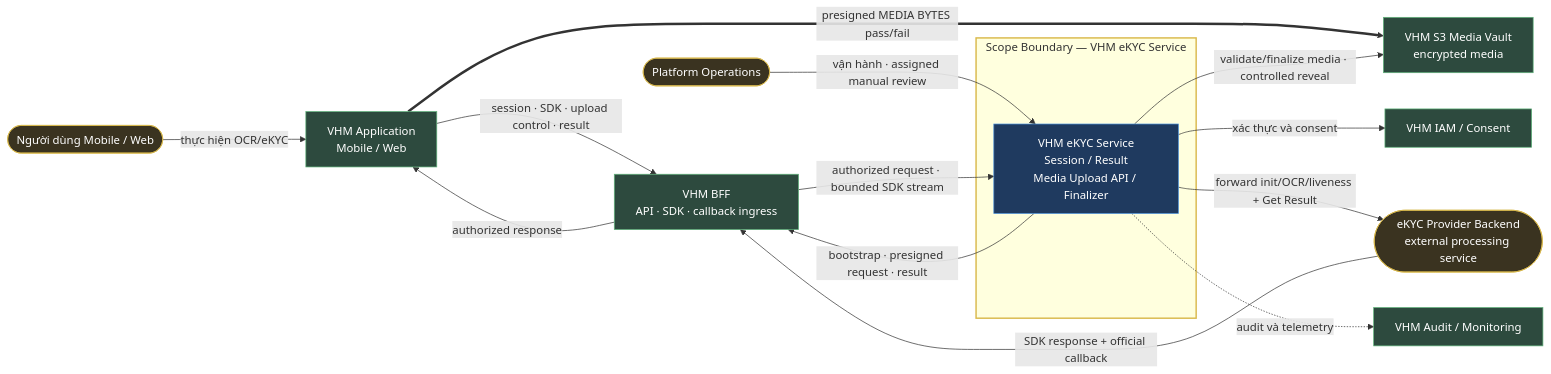
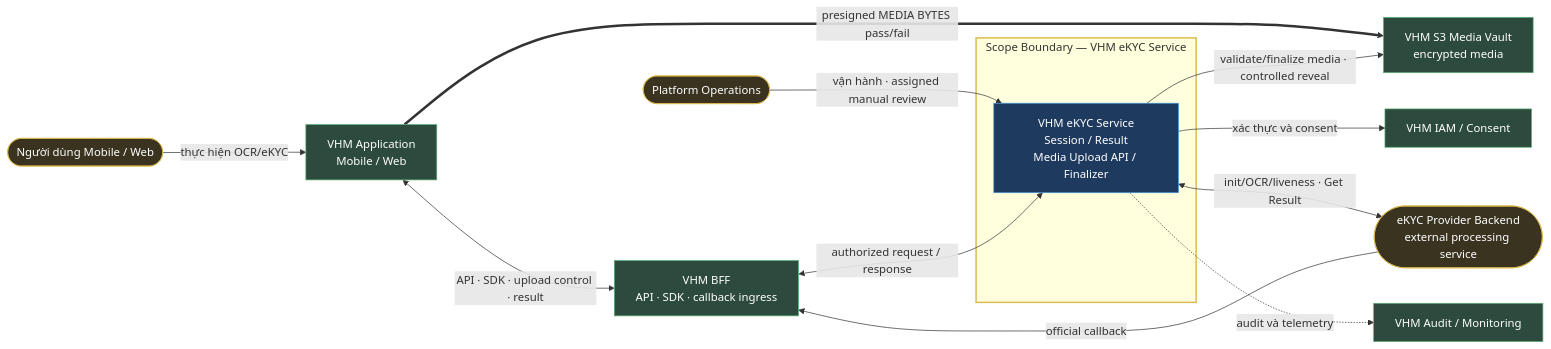
Before and after one commit to huynv-xyz/vhm: the first of 19 diagrams in tdd2.md, drawn with Mermaid. The commit also changed other lines of this file, not shown here.

````diff
--- a/tdd2.md
+++ b/tdd2.md
@@ -360,33 +360,31 @@
 ```mermaid
 flowchart LR
     USER(["Người dùng Mobile / Web"]):::entity
     OPS(["Platform Operations"]):::entity
     APP["VHM Application<br/>Mobile / Web"]:::owned
     BFF["VHM BFF<br/>API · SDK · callback ingress"]:::owned
     IAM["VHM IAM / Consent"]:::owned
     OBS["VHM Audit / Monitoring"]:::owned
     VAULT["VHM S3 Media Vault<br/>encrypted media"]:::owned
     PROVIDER(["eKYC Provider Backend<br/>external processing service"]):::entity
 
     subgraph SCOPE["Scope Boundary — VHM eKYC Service"]
         CORE["VHM eKYC Service<br/>Session / Result<br/>Media Upload API / Finalizer"]:::bc
     end
 
     USER -->|thực hiện OCR/eKYC| APP
     OPS -->|vận hành · assigned manual review| CORE
-    APP -->|session · SDK · upload control · result| BFF
-    BFF -->|authorized request · bounded SDK stream| CORE
-    CORE -->|bootstrap · presigned request · result| BFF
-    BFF -->|authorized response| APP
+    APP <-->|API · SDK · upload control · result| BFF
+    BFF <-->|authorized request / response| CORE
     APP ==>|presigned MEDIA BYTES pass/fail| VAULT
     CORE -->|validate/finalize media · controlled reveal| VAULT
     CORE -->|xác thực và consent| IAM
-    CORE -->|forward init/OCR/liveness + Get Result| PROVIDER
-    PROVIDER -->|SDK response + official callback| BFF
+    CORE <-->|init/OCR/liveness · Get Result| PROVIDER
+    PROVIDER -->|official callback| BFF
     CORE -.->|audit và telemetry| OBS
 
     style SCOPE stroke:#d9b84a,stroke-width:2px
     classDef bc fill:#1f3a5f,stroke:#4a90d9,color:#fff;
     classDef owned fill:#2d4a3e,stroke:#5fb37a,color:#fff;
     classDef entity fill:#3a3320,stroke:#d9b84a,color:#fff;
 ```
````
